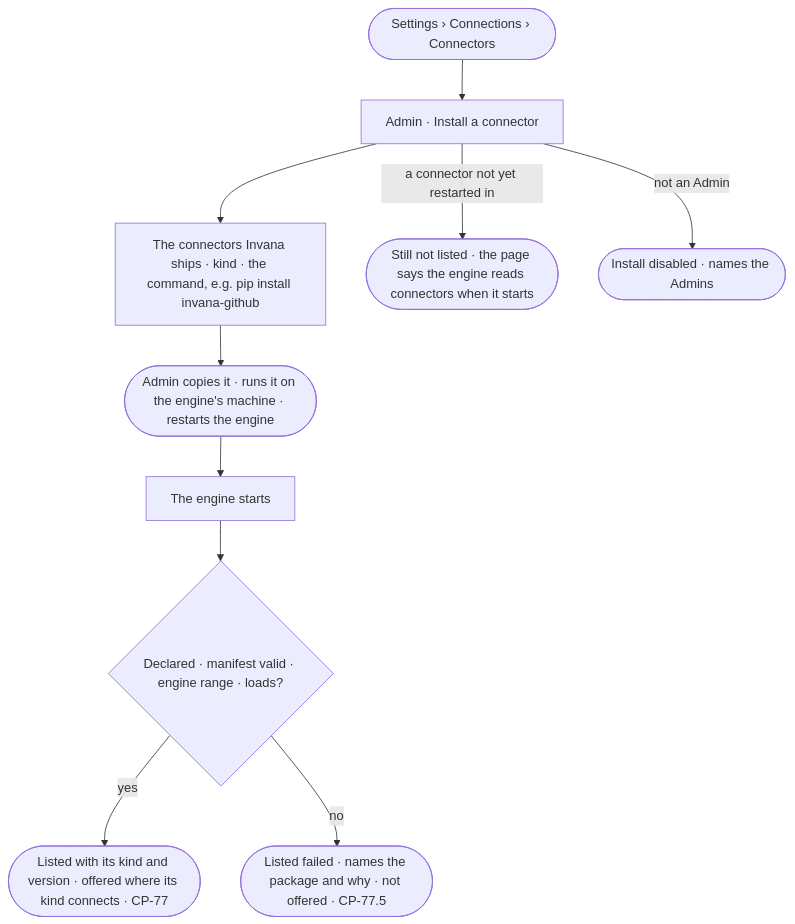
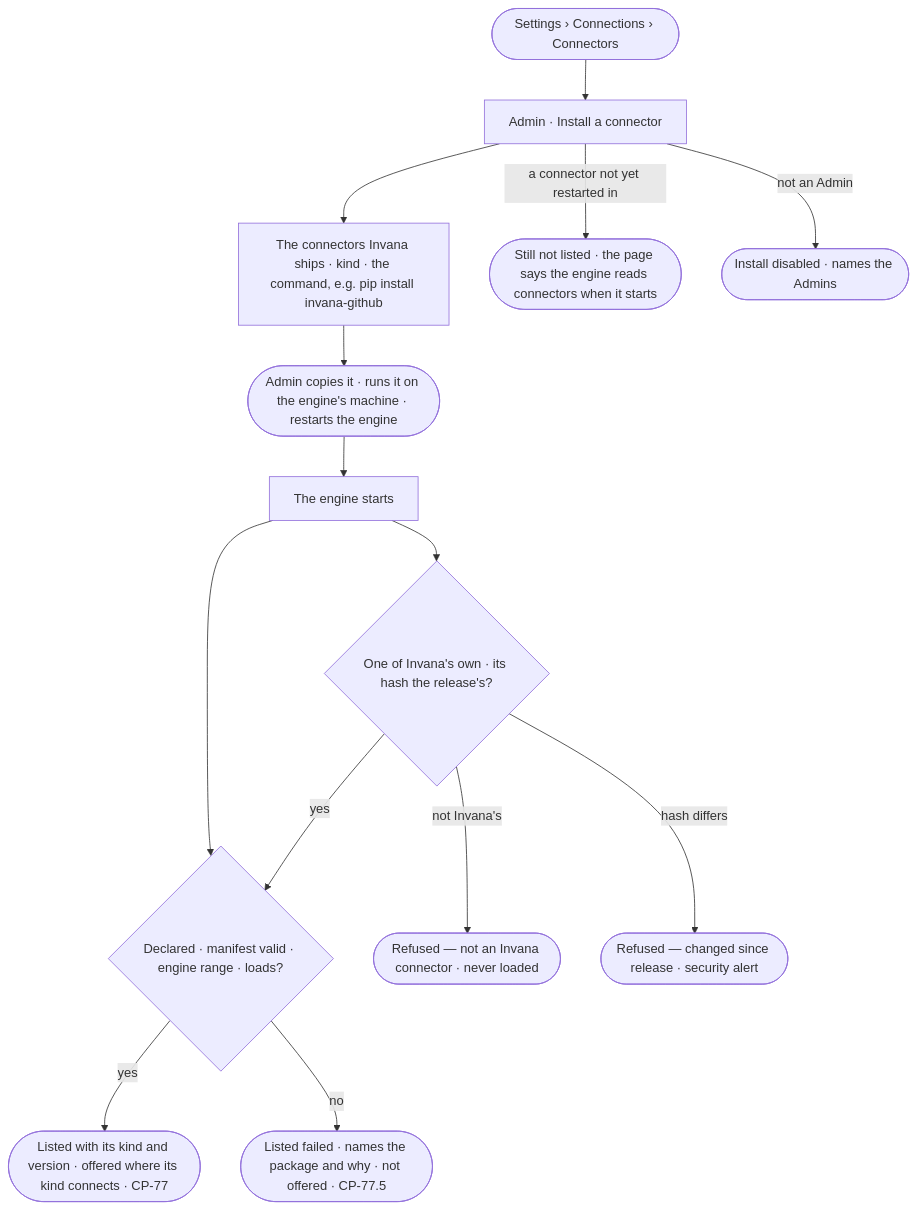
The diagram in specs/os/control/features/CP-F02-plugins-and-outside-tools/stories/CP-79-install-a-connector/story.md (invana/invana), drawn with Mermaid before and after one commit. The commit also changed other lines of this file and 2 other files, not shown here.

Commit message:
wip(platform-design-3): P02b · step 4 — D1 first-party connectors; partial hand-off

````diff
--- a/specs/os/control/features/CP-F02-plugins-and-outside-tools/stories/CP-79-install-a-connector/story.md
+++ b/specs/os/control/features/CP-F02-plugins-and-outside-tools/stories/CP-79-install-a-connector/story.md
@@ -28,12 +28,16 @@
 ```mermaid
 flowchart TD
   s([Settings › Connections › Connectors]) --> i["Admin · Install a connector"]
   i --> sh["The connectors Invana ships · kind · the command, e.g. pip install invana-github"]
   sh --> cp(["Admin copies it · runs it on the engine's machine · restarts the engine"])
   cp --> st[The engine starts]
   st --> ok{"Declared · manifest valid · engine range · loads?"}
   ok -->|yes| l(["Listed with its kind and version · offered where its kind connects · CP-77"])
   ok -->|no| f(["Listed failed · names the package and why · not offered · CP-77.5"])
+  st --> fp{"One of Invana's own · its hash the release's?"}
+  fp -->|not Invana's| rf(["Refused — not an Invana connector · never loaded"])
+  fp -->|hash differs| rh(["Refused — changed since release · security alert"])
+  fp -->|yes| ok
   i -->|a connector not yet restarted in| w(["Still not listed · the page says the engine reads connectors when it starts"])
   i -->|not an Admin| na(["Install disabled · names the Admins"])
 ```
````
